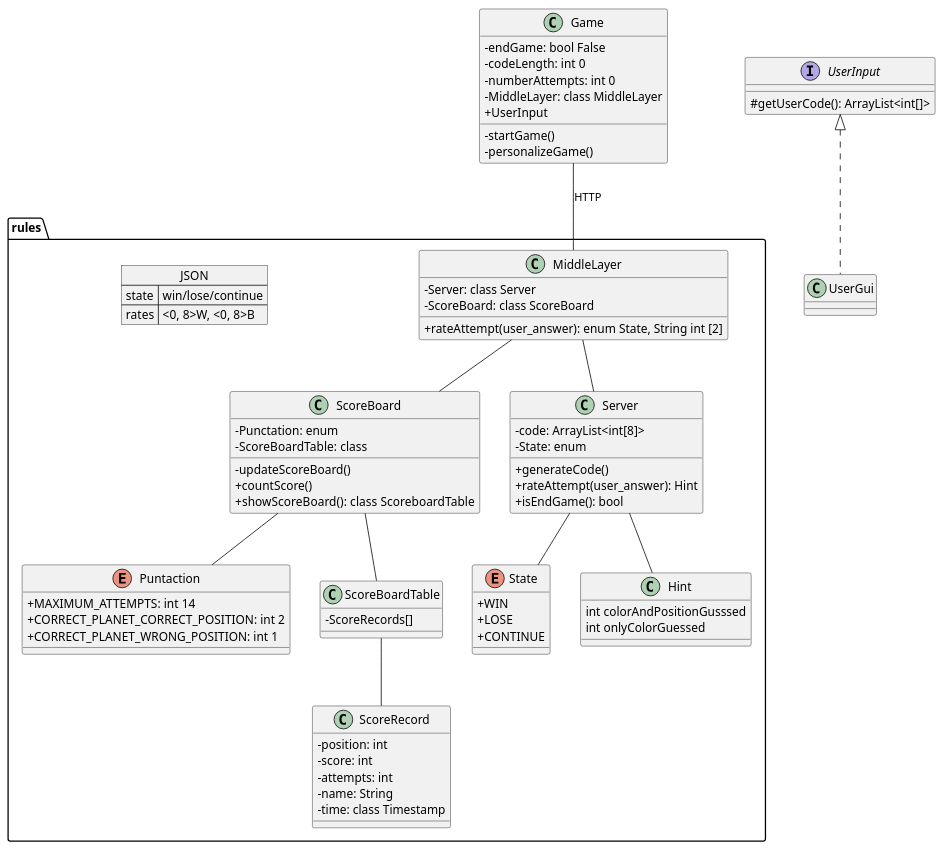
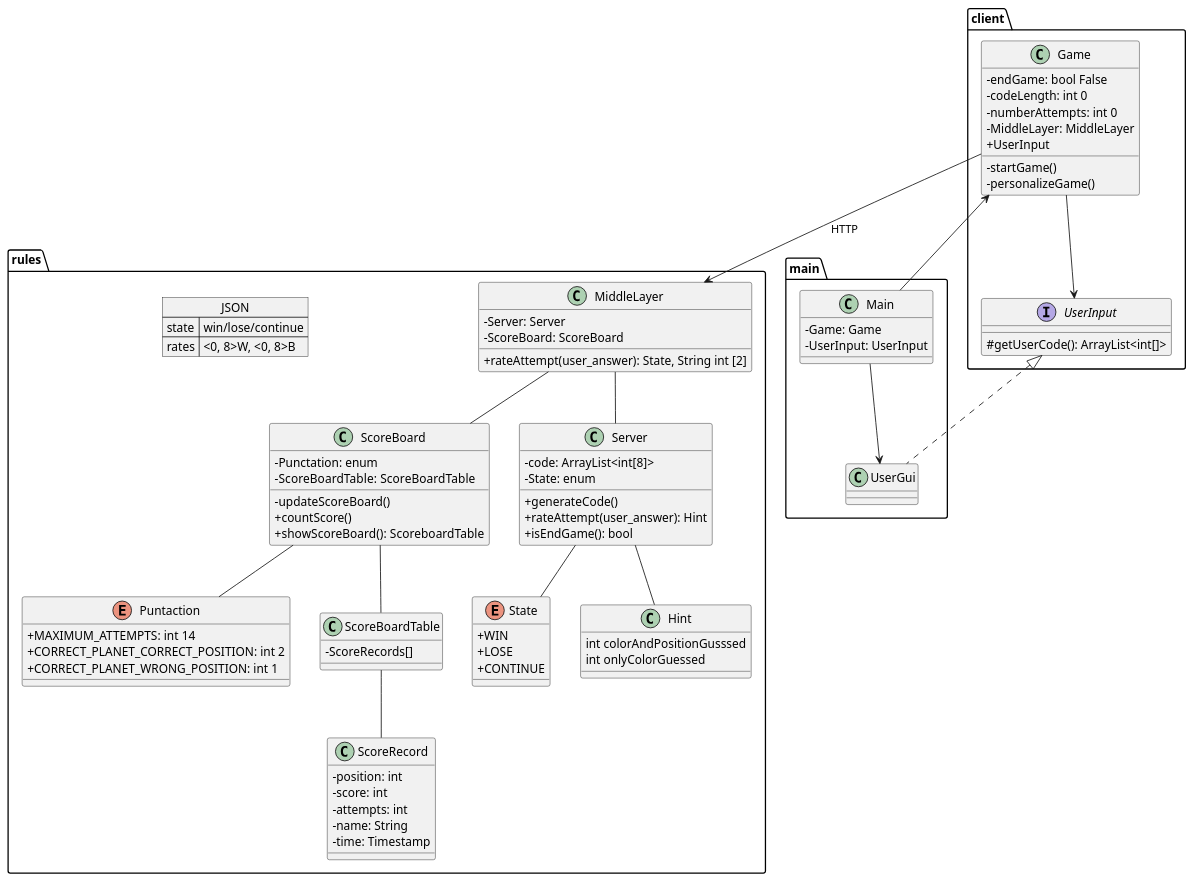
The diagram in class_diagram.puml (Joanna-Szczesna/Mastermind), drawn with PlantUML before and after one commit.

Commit message:
update class diagram add packages

```diff
--- a/class_diagram.puml
+++ b/class_diagram.puml
@@ -1,88 +1,100 @@
 @startuml
 skinparam classAttributeIconSize 0
-Game -- rules.MiddleLayer: HTTP
+client.Game --> rules.MiddleLayer: HTTP
+main.Main --> client.Game
+main.Main --> main.UserGui
+client.Game --> client.UserInput
+
+package main {
+  class UserGui implements client.UserInput {
+  }
+
+  class Main {
+  -Game: Game
+  -UserInput: UserInput
+  }
+}
+
+package client {
+  class Game {
+    -endGame: bool False
+    -codeLength: int 0
+    -numberAttempts: int 0
+    -MiddleLayer: MiddleLayer
+    +UserInput
+    -startGame()
+    -personalizeGame()  
+  }
+
+  interface UserInput {
+    #getUserCode(): ArrayList<int[]> 
+  }
+}
 
 package rules {
-ScoreBoard -- Puntaction
-ScoreBoard -- ScoreBoardTable
-Server -- State
-MiddleLayer -- Server
-MiddleLayer -- ScoreBoard
-ScoreBoardTable -- ScoreRecord
-Server -- Hint
+  ScoreBoard -- Puntaction
+  ScoreBoard -- ScoreBoardTable
+  Server -- State
+  MiddleLayer -- Server
+  MiddleLayer -- ScoreBoard
+  ScoreBoardTable -- ScoreRecord
+  Server -- Hint
 
+  class ScoreBoard {
+    -Punctation: enum
+    -ScoreBoardTable: ScoreBoardTable
+    -updateScoreBoard()
+    +countScore()
+    +showScoreBoard(): ScoreboardTable
+  }
 
-class ScoreBoard {
-  -Punctation: enum
-  -ScoreBoardTable: class
-  -updateScoreBoard()
-  +countScore()
-  +showScoreBoard(): class ScoreboardTable
+  enum Puntaction {
+    +MAXIMUM_ATTEMPTS: int 14
+    +CORRECT_PLANET_CORRECT_POSITION: int 2
+    +CORRECT_PLANET_WRONG_POSITION: int 1
+ }
+
+  class ScoreBoardTable {
+    -ScoreRecords[]
+  }
+
+  class ScoreRecord {
+    -position: int
+    -score: int
+    -attempts: int
+    -name: String
+    -time: Timestamp
+  }
+
+  class Server {
+    -code: ArrayList<int[8]> 
+    -State: enum
+    +generateCode()  
+    +rateAttempt(user_answer): Hint 
+    +isEndGame(): bool
+  }
+
+  class Hint {
+    int colorAndPositionGusssed
+    int onlyColorGuessed
+  }
+
+  json JSON {
+    "state":"win/lose/continue",
+    "rates":"<0, 8>W, <0, 8>B"
+  }
+
+  enum State {
+   +WIN
+   +LOSE
+   +CONTINUE
+  }
+
+  class MiddleLayer {
+    -Server: Server
+    -ScoreBoard: ScoreBoard
+    +rateAttempt(user_answer): State, String int [2] 
+  }
 }
 
-enum Puntaction {
- +MAXIMUM_ATTEMPTS: int 14
- +CORRECT_PLANET_CORRECT_POSITION: int 2
- +CORRECT_PLANET_WRONG_POSITION: int 1
-}
-
-class ScoreBoardTable {
-  -ScoreRecords[]
-}
-
-class ScoreRecord {
-  -position: int
-  -score: int
-  -attempts: int
-  -name: String
-  -time: class Timestamp
-}
-
-class Server {
-  -code: ArrayList<int[8]> 
-  -State: enum
-  +generateCode()  
-  +rateAttempt(user_answer): Hint 
-  +isEndGame(): bool
-}
-
-class Hint {
-  int colorAndPositionGusssed
-  int onlyColorGuessed
-}
-
-json JSON {
-   "state":"win/lose/continue",
-   "rates":"<0, 8>W, <0, 8>B"
-}
-
-enum State {
- +WIN
- +LOSE
- +CONTINUE
-}
-
-class MiddleLayer {
-  -Server: class Server
-  -ScoreBoard: class ScoreBoard
-  +rateAttempt(user_answer): enum State, String int [2] 
-}
-
-}
-class Game {
-  -endGame: bool False
-  -codeLength: int 0
-  -numberAttempts: int 0
-  -MiddleLayer: class MiddleLayer
-  +UserInput
-  -startGame()
-  -personalizeGame()  
-}
-
-interface UserInput {
-  #getUserCode(): ArrayList<int[]> 
-}
-
-class UserGui implements UserInput {
-}
 @enduml
```
